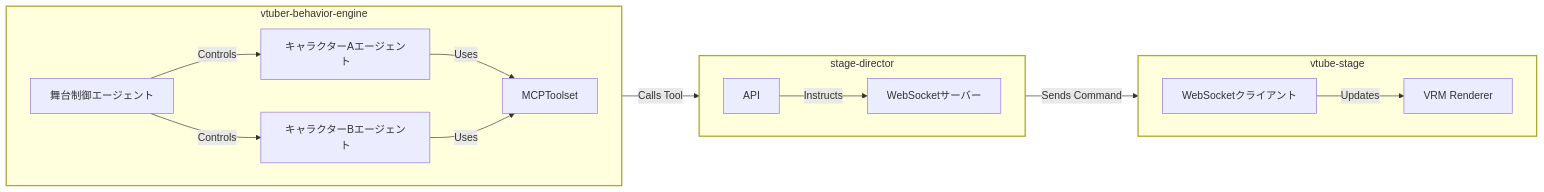
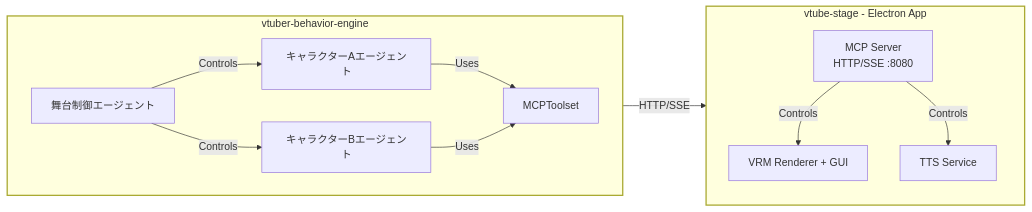
The diagram in docs/mcp_adk_explanation.md (LongbowXXX/ai-tuber), drawn with Mermaid before and after one commit. The commit also changed other lines of this file and 87 other files, not shown here.

Commit message:
Remove stage-director package and update all documentation

````diff
--- a/docs/mcp_adk_explanation.md
+++ b/docs/mcp_adk_explanation.md
@@ -89,35 +92,28 @@
 ```mermaid
 graph LR
 subgraph VBE [vtuber-behavior-engine]
 direction LR
 OrchestratorAgent[舞台制御エージェント]
 CharAgentA[キャラクターAエージェント]
 CharAgentB[キャラクターBエージェント]
 MCPClient[MCPToolset]
 end
 
-subgraph SD [stage-director]
-direction LR
-APIServer[API]
-WebSocketServer[WebSocketサーバー]
-end
-
-subgraph VS [vtube-stage]
-direction LR
-Renderer[VRM Renderer]
-WebSocketClient[WebSocketクライアント]
+subgraph VS [vtube-stage - Electron App]
+direction TB
+MCPServer[MCP Server\nHTTP/SSE :8080]
+Renderer[VRM Renderer + GUI]
+TTS[TTS Service]
 end
 
 OrchestratorAgent -- Controls --> CharAgentA;
 OrchestratorAgent -- Controls --> CharAgentB;
 CharAgentA -- Uses --> MCPClient;
 CharAgentB -- Uses --> MCPClient;
-MCPClient -- Calls Tool --> APIServer;
-APIServer -- Instructs --> WebSocketServer;
-WebSocketServer -- Sends Command --> WebSocketClient;
-WebSocketClient -- Updates --> Renderer;
+MCPClient -- "HTTP/SSE" --> MCPServer;
+MCPServer -- Controls --> Renderer;
+MCPServer -- Controls --> TTS;
 
 style VBE stroke-width:2px
-style SD stroke-width:2px
 style VS stroke-width:2px
 ```
````
